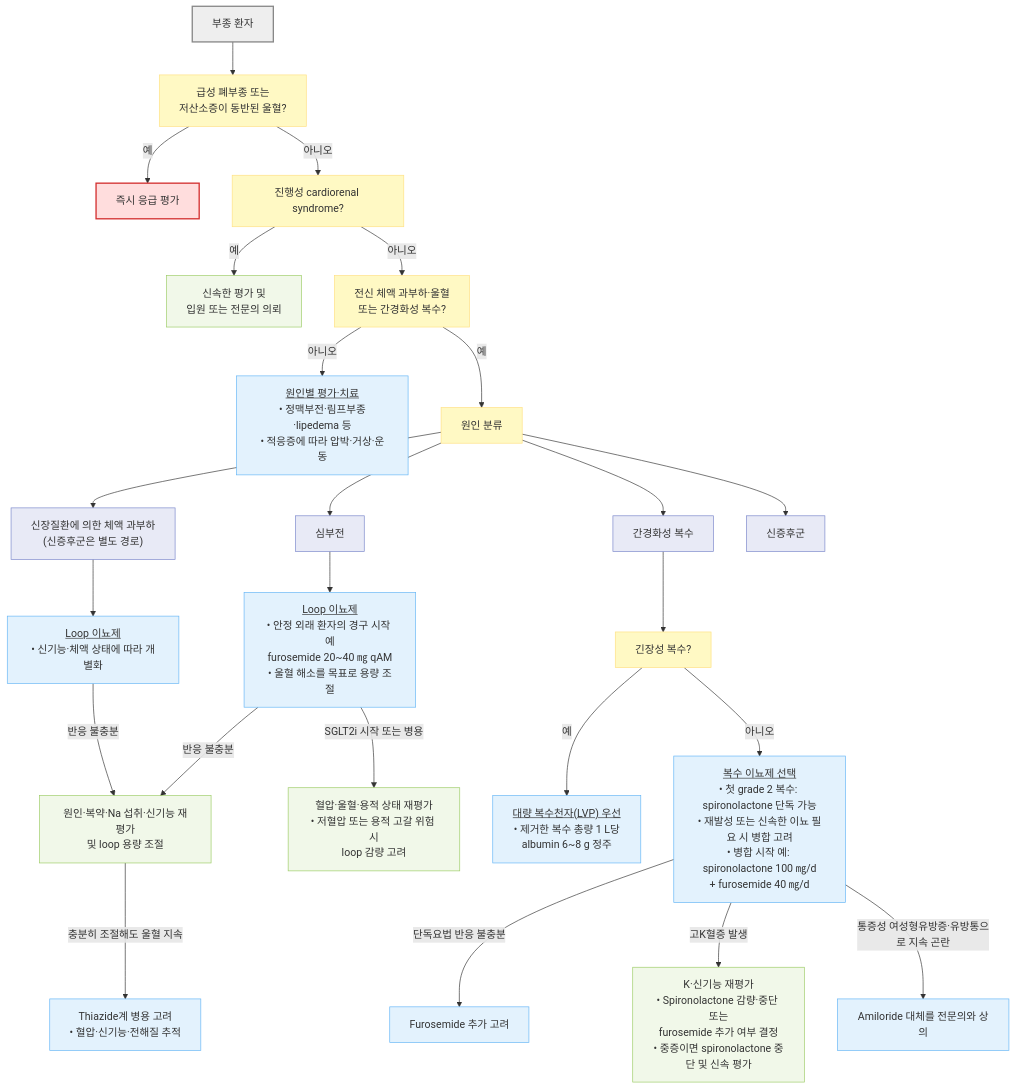
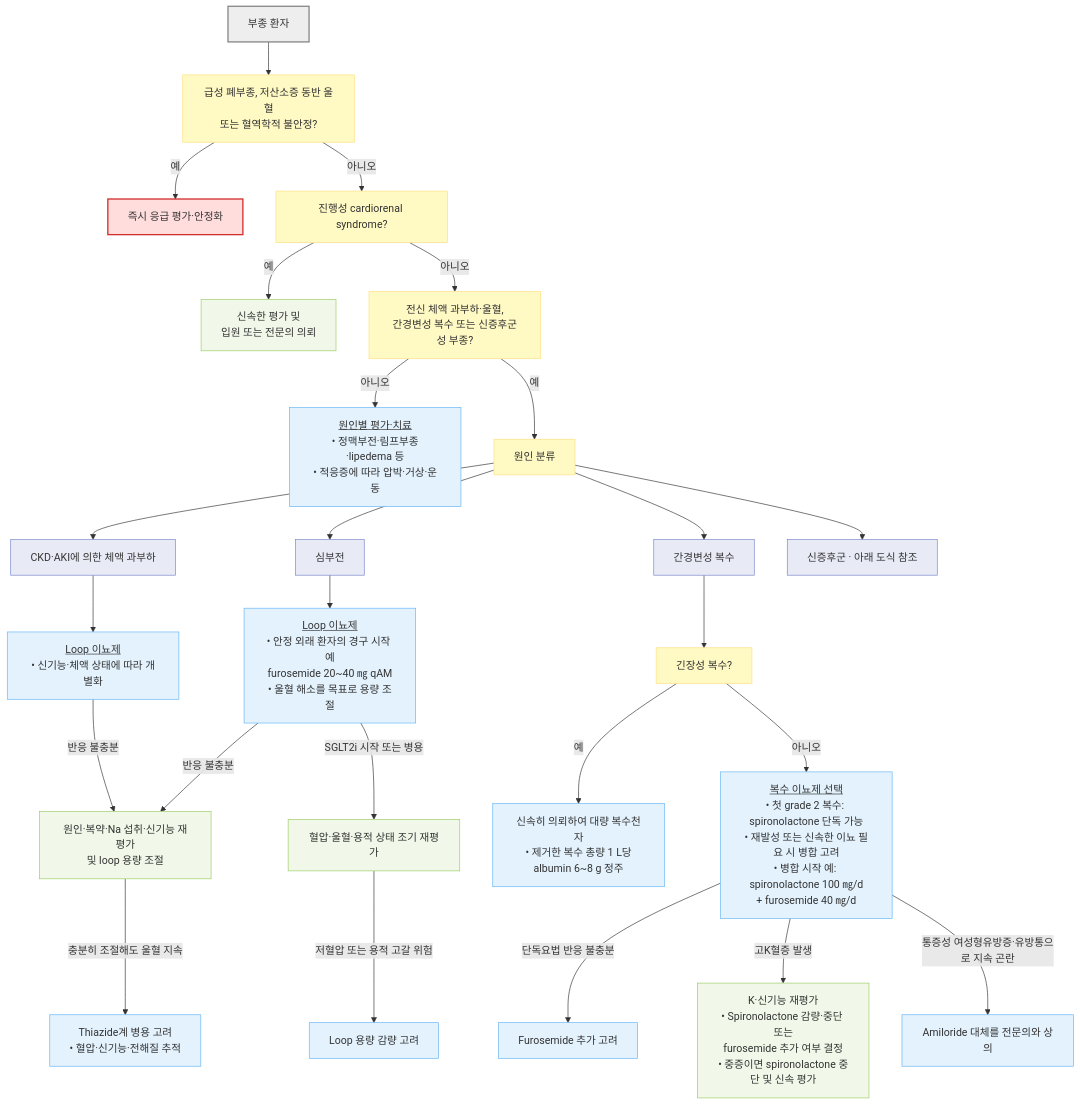
The fourth of 5 diagrams in 220_/012_-edema.md (familyoh77/familyoh77), drawn with Mermaid before and after one commit. The commit also changed other lines of this file, not shown here.

````diff
--- a/220_/012_-edema.md
+++ b/220_/012_-edema.md
@@ -404,40 +404,40 @@
 ```mermaid
 flowchart TD
-    ST["부종 환자"] --> A["급성 폐부종 또는<br/>저산소증이 동반된 울혈?"]
-    A -- "예" --> EM["즉시 응급 평가"]
+    ST["부종 환자"] --> A["급성 폐부종, 저산소증 동반 울혈<br/>또는 혈역학적 불안정?"]
+    A -- "예" --> EM["즉시 응급 평가·안정화"]
     A -- "아니오" --> P["진행성 cardiorenal syndrome?"]
     P -- "예" --> R["신속한 평가 및<br/>입원 또는 전문의 의뢰"]
-    P -- "아니오" --> B["전신 체액 과부하·울혈<br/>또는 간경화성 복수?"]
+    P -- "아니오" --> B["전신 체액 과부하·울혈,<br/>간경변성 복수 또는 신증후군성 부종?"]
     B -- "아니오" --> Z["<u>원인별 평가·치료</u><br/>• 정맥부전·림프부종·lipedema 등<br/>• 적응증에 따라 압박·거상·운동"]
     B -- "예" --> C["원인 분류"]
     C --> HF["심부전"]
-    C --> RK["신장질환에 의한 체액 과부하<br/>(신증후군은 별도 경로)"]
-    C --> CI["간경화성 복수"]
-    C --> NS["신증후군"]
+    C --> RK["CKD·AKI에 의한 체액 과부하"]
+    C --> CI["간경변성 복수"]
+    C --> NS["신증후군 · 아래 도식 참조"]
     HF --> HF1["<u>Loop 이뇨제</u><br/>• 안정 외래 환자의 경구 시작 예<br/>furosemide 20~40 ㎎ qAM<br/>• 울혈 해소를 목표로 용량 조절"]
     RK --> RK1["<u>Loop 이뇨제</u><br/>• 신기능·체액 상태에 따라 개별화"]
     HF1 -- "반응 불충분" --> H2["원인·복약·Na 섭취·신기능 재평가<br/>및 loop 용량 조절"]
     RK1 -- "반응 불충분" --> H2
     H2 -- "충분히 조절해도 울혈 지속" --> H3["Thiazide계 병용 고려<br/>• 혈압·신기능·전해질 추적"]
-    HF1 -- "SGLT2i 시작 또는 병용" --> HF3["혈압·울혈·용적 상태 재평가<br/>• 저혈압 또는 용적 고갈 위험 시<br/>loop 감량 고려"]
+    HF1 -- "SGLT2i 시작 또는 병용" --> HF3["혈압·울혈·용적 상태 조기 재평가"]
+    HF3 -- "저혈압 또는 용적 고갈 위험" --> HF4["Loop 용량 감량 고려"]
     CI --> CI0["긴장성 복수?"]
-    CI0 -- "예" --> CI2["<u>대량 복수천자(LVP) 우선</u><br/>• 제거한 복수 총량 1 L당<br/>albumin 6~8 g 정주"]
+    CI0 -- "예" --> CI2["신속히 의뢰하여 대량 복수천자<br/>• 제거한 복수 총량 1 L당<br/>albumin 6~8 g 정주"]
     CI0 -- "아니오" --> CI1["<u>복수 이뇨제 선택</u><br/>• 첫 grade 2 복수: spironolactone 단독 가능<br/>• 재발성 또는 신속한 이뇨 필요 시 병합 고려<br/>• 병합 시작 예: spironolactone 100 ㎎/d<br/>+ furosemide 40 ㎎/d"]
     CI1 -- "단독요법 반응 불충분" --> CI4["Furosemide 추가 고려"]
     CI1 -- "고K혈증 발생" --> CI5["K·신기능 재평가<br/>• Spironolactone 감량·중단 또는<br/>furosemide 추가 여부 결정<br/>• 중증이면 spironolactone 중단 및 신속 평가"]
     CI1 -- "통증성 여성형유방증·유방통으로 지속 곤란" --> CI3["Amiloride 대체를 전문의와 상의"]
-    
+
     classDef start fill:#eeeeee,stroke:#888888,stroke-width:2px
     classDef question fill:#fff9c4,stroke:#ffe082
     classDef emergency fill:#ffdddd,stroke:#d32f2f,stroke-width:2px
     classDef evaluation fill:#f1f8e9,stroke:#9ccc65
     classDef treatment fill:#e3f2fd,stroke:#64b5f6
     classDef followup fill:#e8eaf6,stroke:#7986cb
     class ST start
     class A,P,B,C,CI0 question
     class EM emergency
     class R,H2,HF3,CI5 evaluation
-    class Z,HF1,RK1,H3,CI1,CI2,CI3,CI4 treatment
+    class Z,HF1,RK1,H3,HF4,CI1,CI2,CI3,CI4 treatment
     class HF,RK,CI,NS followup
-
 ```
````
